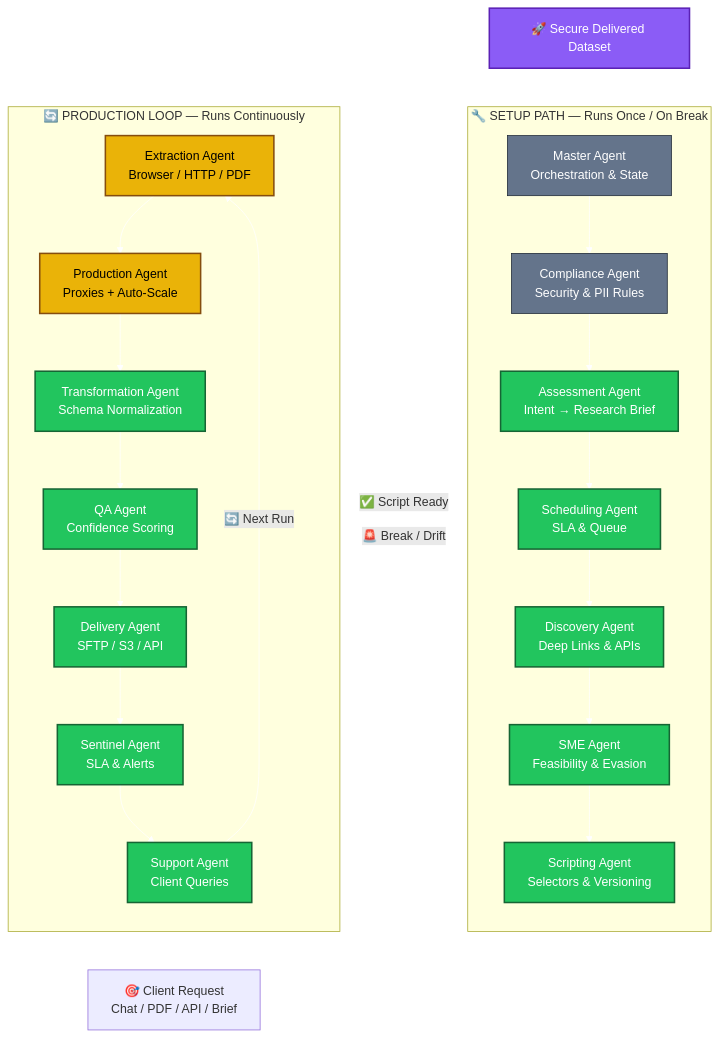
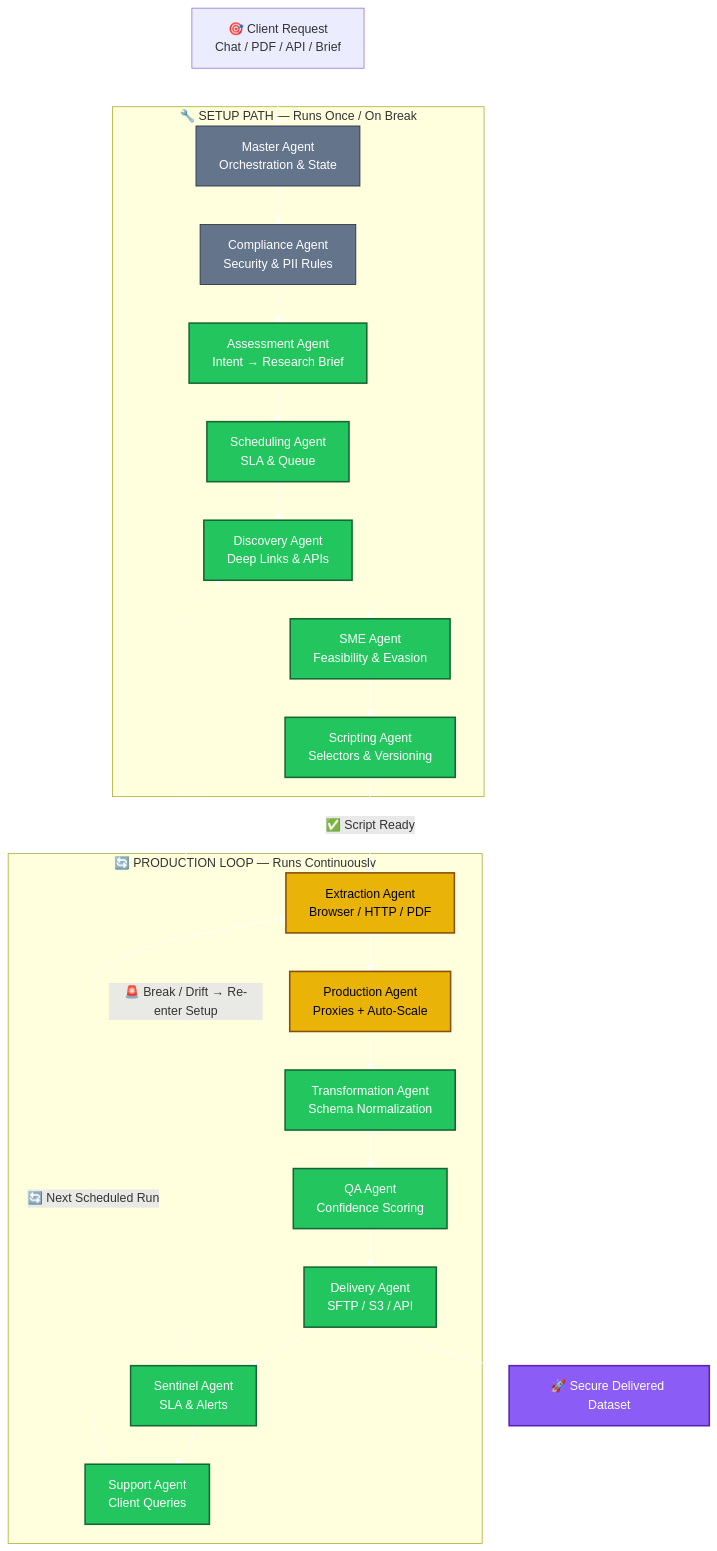
The diagram in outline-operational.mmd (balam65/agentic-research), drawn with Mermaid before and after one commit.

Commit message:
vertical alignment

```diff
--- a/outline-operational.mmd
+++ b/outline-operational.mmd
@@ -1,65 +1,51 @@
 %%{init: {'themeVariables': { 'lineColor': '#ffffff' }}}%%
-flowchart LR
-
+flowchart TD
     %% ── TRIGGER ──
     Client[🎯 Client Request<br>Chat / PDF / API / Brief]
 
-    %% ── SETUP PATH (left side, top-down) ──
+    %% ── SETUP PATH ──
+    Client --> Master
+
     subgraph SETUP ["🔧 SETUP PATH — Runs Once / On Break"]
-        direction TB
         Master[Master Agent<br>Orchestration & State]
-        Comp[Compliance Agent<br>Security & PII Rules]
-        Assess[Assessment Agent<br>Intent → Research Brief]
-        Sched[Scheduling Agent<br>SLA & Queue]
-        Disc[Discovery Agent<br>Deep Links & APIs]
-        SME[SME Agent<br>Feasibility & Evasion]
-        Script[Scripting Agent<br>Selectors & Versioning]
-
-        Master --> Comp
-        Comp --> Assess
-        Assess --> Sched
-        Sched --> Disc
-        Disc --> SME
-        SME --> Script
+        --> Comp[Compliance Agent<br>Security & PII Rules]
+        --> Assess[Assessment Agent<br>Intent → Research Brief]
+        --> Sched[Scheduling Agent<br>SLA & Queue]
+        --> Disc[Discovery Agent<br>Deep Links & APIs]
+        --> SME[SME Agent<br>Feasibility & Evasion]
+        --> Script[Scripting Agent<br>Selectors & Versioning]
     end
 
-    %% ── PRODUCTION LOOP (right side, cycles) ──
+    %% ── HANDOFF ──
+    Script -- "✅ Script Ready" --> Extr
+
+    %% ── PRODUCTION LOOP ──
     subgraph LOOP ["🔄 PRODUCTION LOOP — Runs Continuously"]
-        direction TB
         Extr[Extraction Agent<br>Browser / HTTP / PDF]
-        Scale[Production Agent<br>Proxies + Auto-Scale]
-        Trans[Transformation Agent<br>Schema Normalization]
-        QA[QA Agent<br>Confidence Scoring]
-        Deliv[Delivery Agent<br>SFTP / S3 / API]
-        Sent[Sentinel Agent<br>SLA & Alerts]
-        Supp[Support Agent<br>Client Queries]
-
-        Extr --> Scale
-        Scale --> Trans
-        Trans --> QA
-        QA --> Deliv
-        Deliv --> Sent
-        Sent --> Supp
+        --> Scale[Production Agent<br>Proxies + Auto-Scale]
+        --> Trans[Transformation Agent<br>Schema Normalization]
+        --> QA[QA Agent<br>Confidence Scoring]
+        --> Deliv[Delivery Agent<br>SFTP / S3 / API]
+        --> Sent[Sentinel Agent<br>SLA & Alerts]
+        --> Supp[Support Agent<br>Client Queries]
     end
-
-    %% ── CONNECTIONS ──
-    Client --> Master
-    Script -- "✅ Script Ready" --> Extr
-    Supp -- "🔄 Next Run" --> Extr
-
-    %% ── REPAIR FEEDBACK ──
-    Sent -. "🚨 Break / Drift" .-> Disc
 
     %% ── OUTPUT ──
     Deliv --> Output[🚀 Secure Delivered Dataset]
+
+    %% ── LOOP BACK ──
+    Supp -- "🔄 Next Scheduled Run" --> Extr
+
+    %% ── BREAK / DRIFT REPAIR ──
+    Sent -. "🚨 Break / Drift → Re-enter Setup" .-> Disc
 
     %% ── STYLING ──
     classDef done fill:#22c55e,stroke:#166534,color:#fff,stroke-width:2px
     classDef progress fill:#eab308,stroke:#854d0e,color:#000,stroke-width:2px
     classDef gov fill:#64748b,stroke:#1e2937,color:#fff
     classDef output fill:#8b5cf6,stroke:#5b21b6,color:#fff,stroke-width:2px
 
     class Master,Comp gov
     class Assess,Sched,Disc,SME,Script,Trans,QA,Deliv,Sent,Supp done
     class Extr,Scale progress
     class Output output
```
